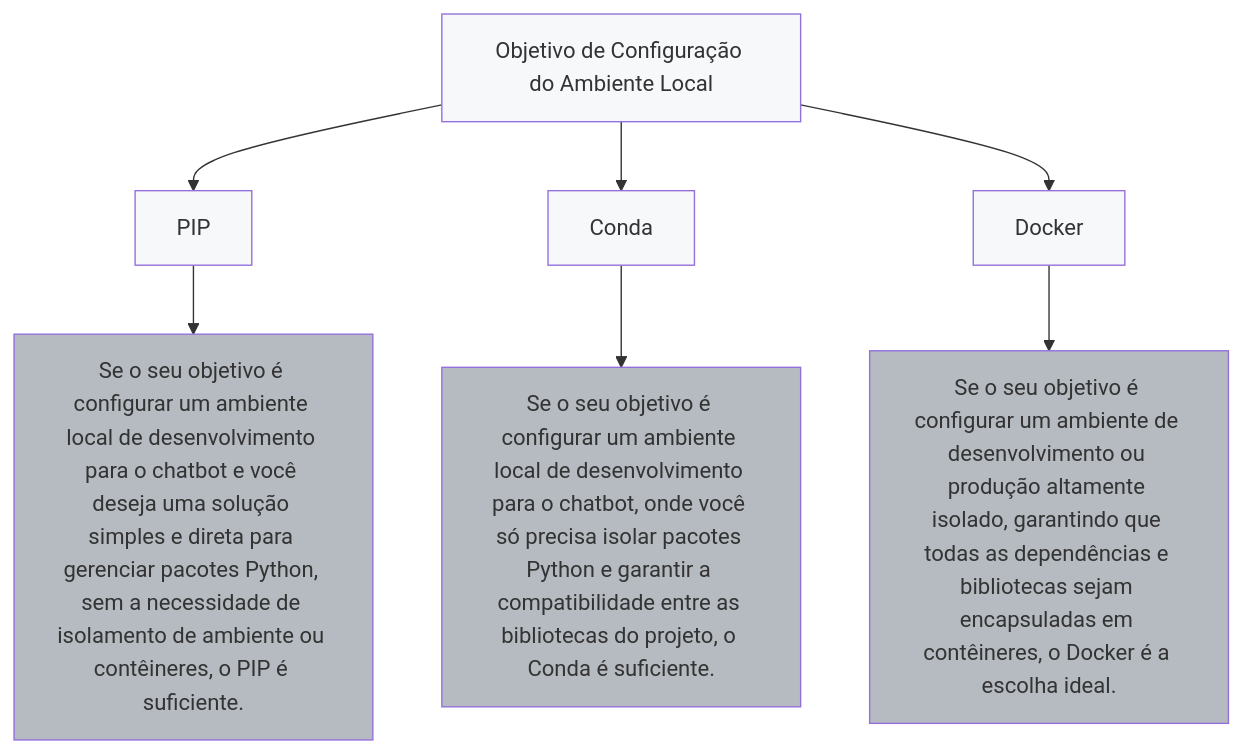
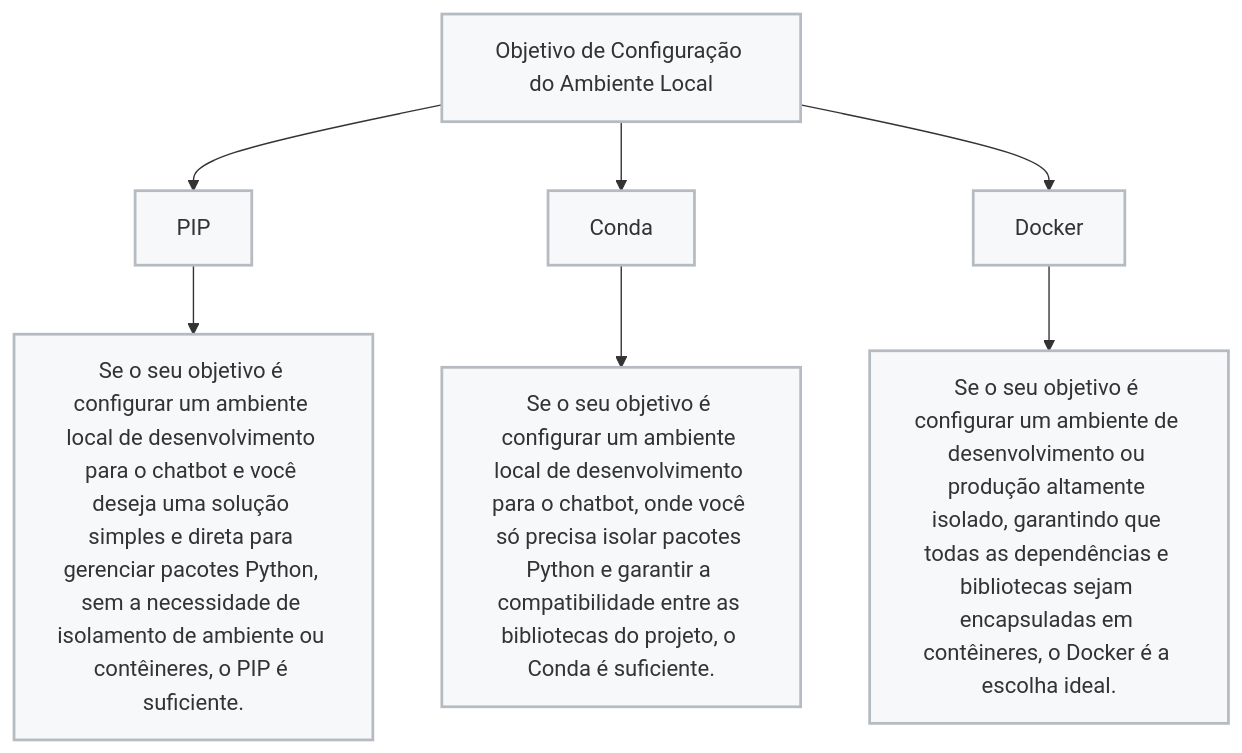
Before and after one commit to Mayvon/Chatbot-no-WhatsApp-com-LLaMA-AI-no-Servidor-Local.md: the diagram in 1. Pré-requisitos.md, drawn with Mermaid.

Commit message:
Update 1. Pré-requisitos.md

````diff
--- a/1. Pré-requisitos.md
+++ b/1. Pré-requisitos.md
@@ -57,18 +57,19 @@
 ```mermaid
 graph TD;
     A[Objetivo de Configuração do Ambiente Local] --> B[PIP]
     A[Objetivo de Configuração do Ambiente Local] --> C[Conda]
     A[Objetivo de Configuração do Ambiente Local] --> D[Docker]
 
     B --> B1["Se o seu objetivo é configurar um ambiente local de desenvolvimento para o chatbot e você deseja uma solução simples e direta para gerenciar pacotes Python, sem a necessidade de isolamento de ambiente ou contêineres, o PIP é suficiente."]
     C --> C1["Se o seu objetivo é configurar um ambiente local de desenvolvimento para o chatbot, onde você só precisa isolar pacotes Python e garantir a compatibilidade entre as bibliotecas do projeto, o Conda é suficiente."]
     D --> D1["Se o seu objetivo é configurar um ambiente de desenvolvimento ou produção altamente isolado, garantindo que todas as dependências e bibliotecas sejam encapsuladas em contêineres, o Docker é a escolha ideal."]
+    
+    style A fill:#f6f8fa,stroke:#b5bbc1,stroke-width:2px
+    style B fill:#f6f8fa,stroke:#b5bbc1,stroke-width:2px
+    style C fill:#f6f8fa,stroke:#b5bbc1,stroke-width:2px
+    style D fill:#f6f8fa,stroke:#b5bbc1,stroke-width:2px
+    style B1 fill:#f6f8fa,stroke:#b5bbc1,stroke-width:2px
+    style C1 fill:#f6f8fa,stroke:#b5bbc1,stroke-width:2px
+    style D1 fill:#f6f8fa,stroke:#b5bbc1,stroke-width:2px
 
-    style A fill:#f6f8fa
-    style B fill:#f6f8fa
-    style C fill:#f6f8fa
-    style D fill:#f6f8fa
-    style B1 fill:#b5bbc1
-    style C1 fill:#b5bbc1
-    style D1 fill:#b5bbc1
 ```
````
